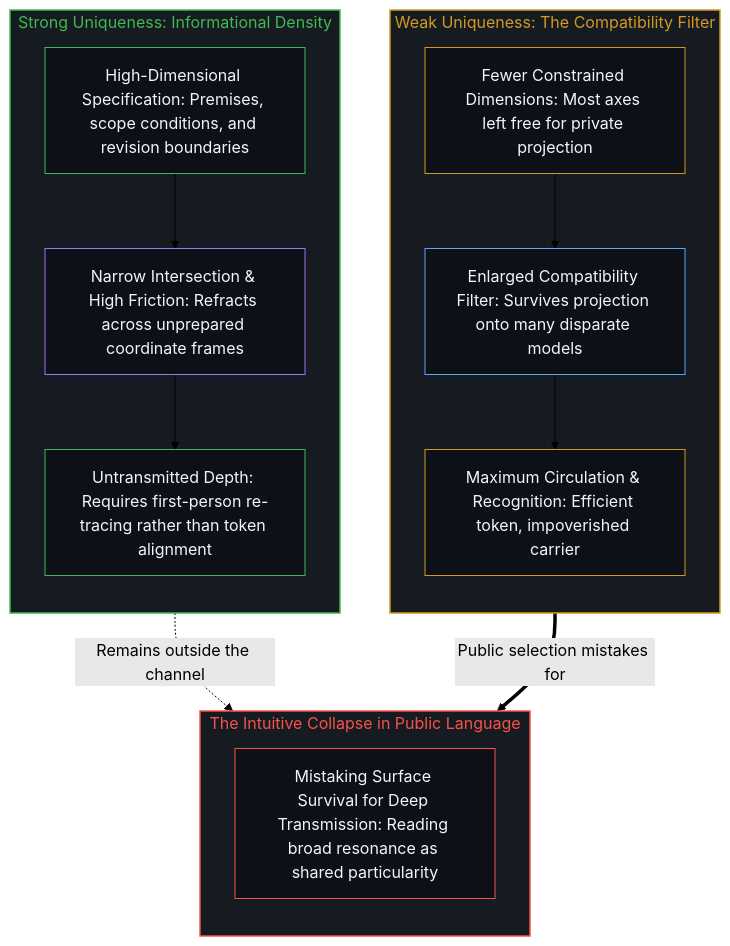
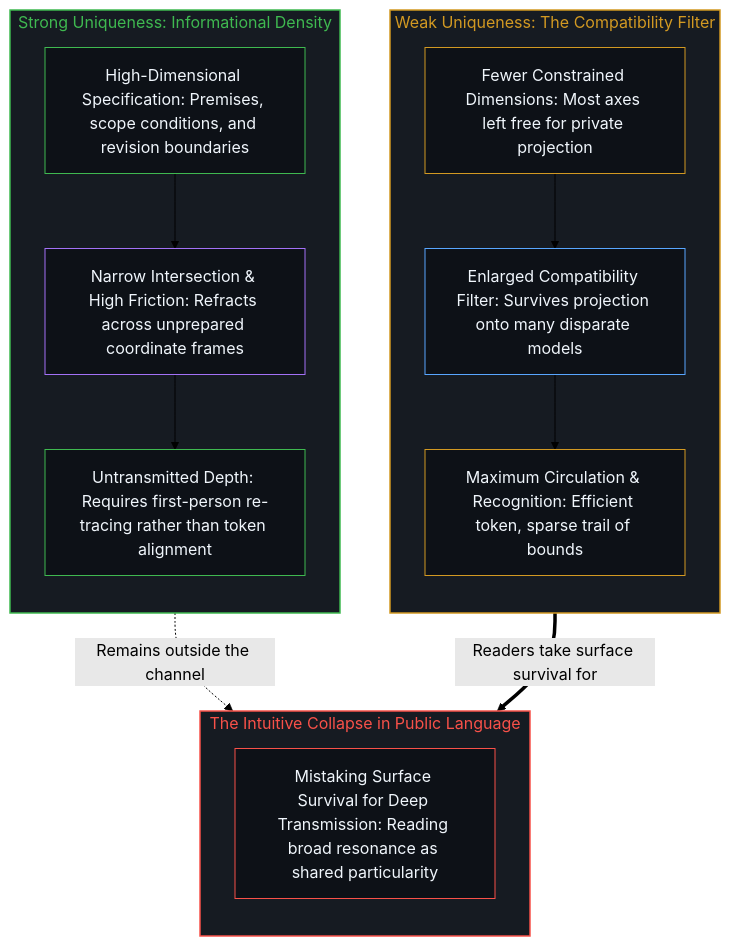
Before and after one commit to powerpig99/not-a-toe: the fourth of 4 diagrams in content/posts/the-surface-that-registers.md, drawn with Mermaid (forest theme). The commit also changed other lines of this file and 9 other files, not shown here.

````diff
--- a/content/posts/the-surface-that-registers.md
+++ b/content/posts/the-surface-that-registers.md
@@ -147,33 +147,33 @@
 ```mermaid
 flowchart TD
     subgraph S_Weak["Weak Uniqueness: The Compatibility Filter"]
         direction TB
         W_Thin["Fewer Constrained Dimensions: Most axes left free for private projection"]
         W_Broad["Enlarged Compatibility Filter: Survives projection onto many disparate models"]
-        W_Circ["Maximum Circulation & Recognition: Efficient token, impoverished carrier"]
+        W_Circ["Maximum Circulation & Recognition: Efficient token, sparse trail of bounds"]
         W_Thin --> W_Broad --> W_Circ
     end
     subgraph S_Strong["Strong Uniqueness: Informational Density"]
         direction TB
         S_Dense["High-Dimensional Specification: Premises, scope conditions, and revision boundaries"]
         S_Friction["Narrow Intersection & High Friction: Refracts across unprepared coordinate frames"]
         S_Path["Untransmitted Depth: Requires first-person re-tracing rather than token alignment"]
         S_Dense --> S_Friction --> S_Path
     end
     subgraph S_Collapse["The Intuitive Collapse in Public Language"]
         direction TB
         C_Confuse["Mistaking Surface Survival for Deep Transmission: Reading broad resonance as shared particularity"]
     end
-    W_Circ ==>|"Public selection mistakes for"| C_Confuse
+    W_Circ ==>|"Readers take surface survival for"| C_Confuse
     S_Path -.->|"Remains outside the channel"| C_Confuse
     style S_Weak fill:#161b22,stroke:#d29922,stroke-width:1.5px,color:#d29922
     style S_Strong fill:#161b22,stroke:#3fb950,stroke-width:1.5px,color:#3fb950
     style S_Collapse fill:#161b22,stroke:#f85149,stroke-width:1.5px,color:#f85149
     style W_Thin fill:#0d1117,stroke:#d29922,stroke-width:1px,color:#f0f6fc
     style W_Broad fill:#0d1117,stroke:#58a6ff,stroke-width:1px,color:#f0f6fc
     style W_Circ fill:#0d1117,stroke:#d29922,stroke-width:1px,color:#f0f6fc
     style S_Dense fill:#0d1117,stroke:#3fb950,stroke-width:1px,color:#f0f6fc
     style S_Friction fill:#0d1117,stroke:#a371f7,stroke-width:1px,color:#f0f6fc
     style S_Path fill:#0d1117,stroke:#3fb950,stroke-width:1px,color:#f0f6fc
     style C_Confuse fill:#0d1117,stroke:#f85149,stroke-width:1px,color:#f0f6fc
 ```
````
